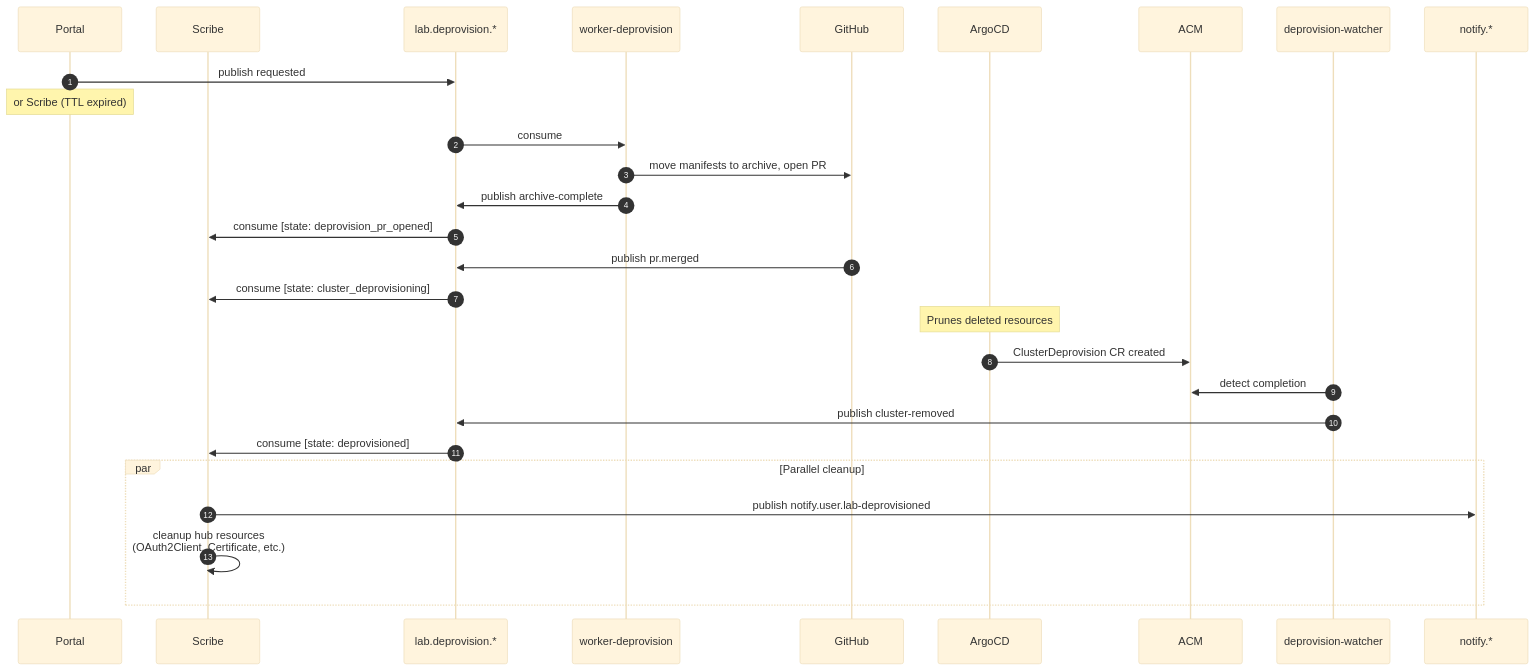
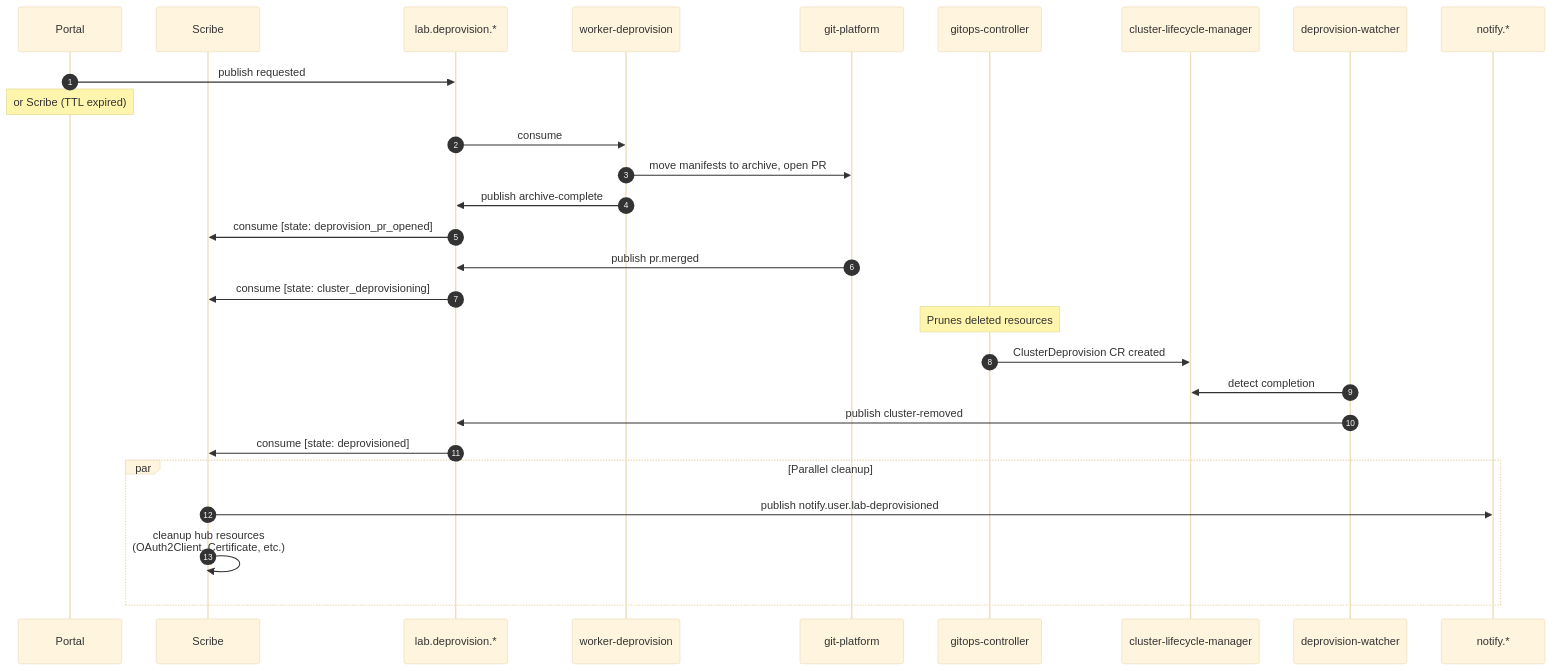
Before and after one commit to redhat-openshift-partner-labs/queue: the seventh of 7 diagrams in REFERENCE.md, drawn with Mermaid (base theme). The commit also changed other lines of this file and 1 other file, not shown here.

````diff
--- a/REFERENCE.md
+++ b/REFERENCE.md
@@ -1668,35 +1668,35 @@
 ```mermaid
 sequenceDiagram
     autonumber
     participant Portal
     participant Scribe
     participant Q_DEP as lab.deprovision.*
     participant WorkerDep as worker-deprovision
-    participant GitHub
-    participant ArgoCD
-    participant ACM
+    participant GitPlatform as git-platform
+    participant GitOps as gitops-controller
+    participant CLM as cluster-lifecycle-manager
     participant Watcher as deprovision-watcher
     participant Q_NOTIFY as notify.*
 
     Portal->>Q_DEP: publish requested
     Note over Portal: or Scribe (TTL expired)
     Q_DEP->>WorkerDep: consume
-    WorkerDep->>GitHub: move manifests to archive, open PR
+    WorkerDep->>GitPlatform: move manifests to archive, open PR
     WorkerDep->>Q_DEP: publish archive-complete
     Q_DEP->>Scribe: consume [state: deprovision_pr_opened]
 
-    GitHub->>Q_DEP: publish pr.merged
+    GitPlatform->>Q_DEP: publish pr.merged
     Q_DEP->>Scribe: consume [state: cluster_deprovisioning]
 
-    Note over ArgoCD: Prunes deleted resources
-    ArgoCD->>ACM: ClusterDeprovision CR created
+    Note over GitOps: Prunes deleted resources
+    GitOps->>CLM: ClusterDeprovision CR created
 
-    Watcher->>ACM: detect completion
+    Watcher->>CLM: detect completion
     Watcher->>Q_DEP: publish cluster-removed
     Q_DEP->>Scribe: consume [state: deprovisioned]
 
     par Parallel cleanup
         Scribe->>Q_NOTIFY: publish notify.user.lab-deprovisioned
         Scribe->>Scribe: cleanup hub resources<br/>(OAuth2Client, Certificate, etc.)
     end
 ```
````
